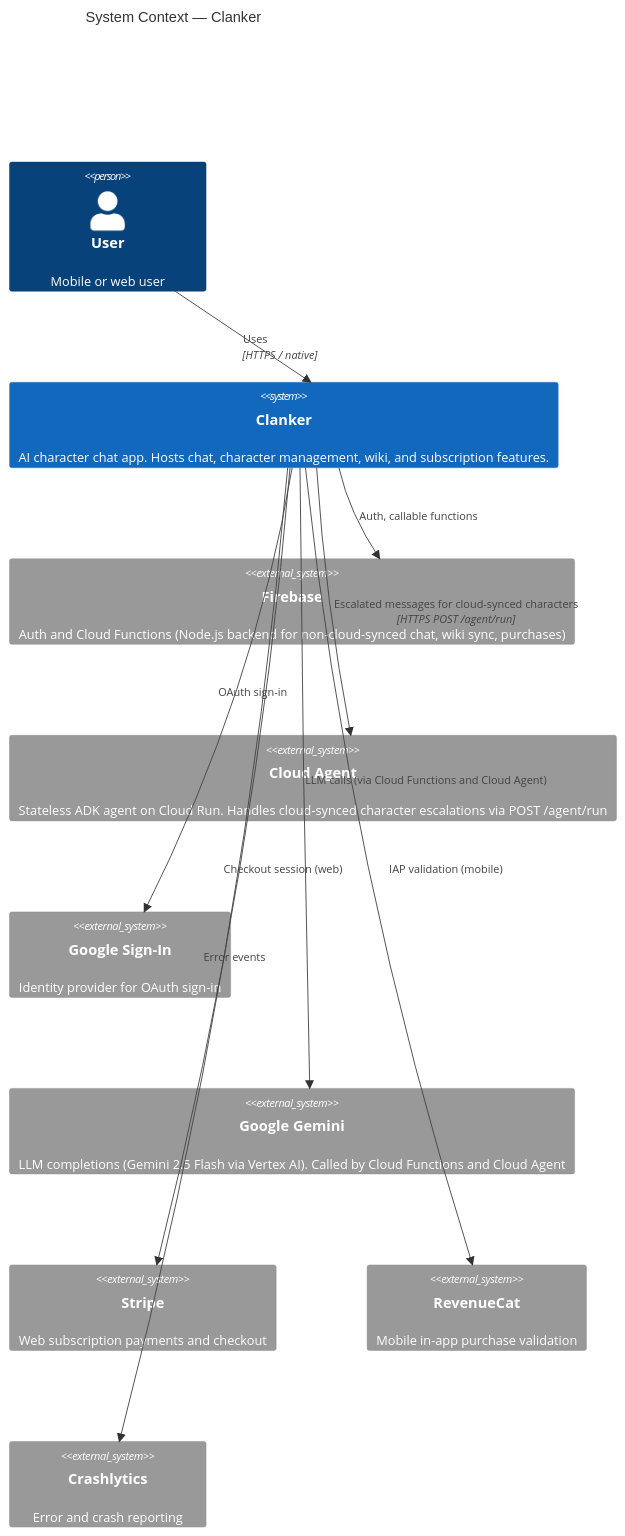
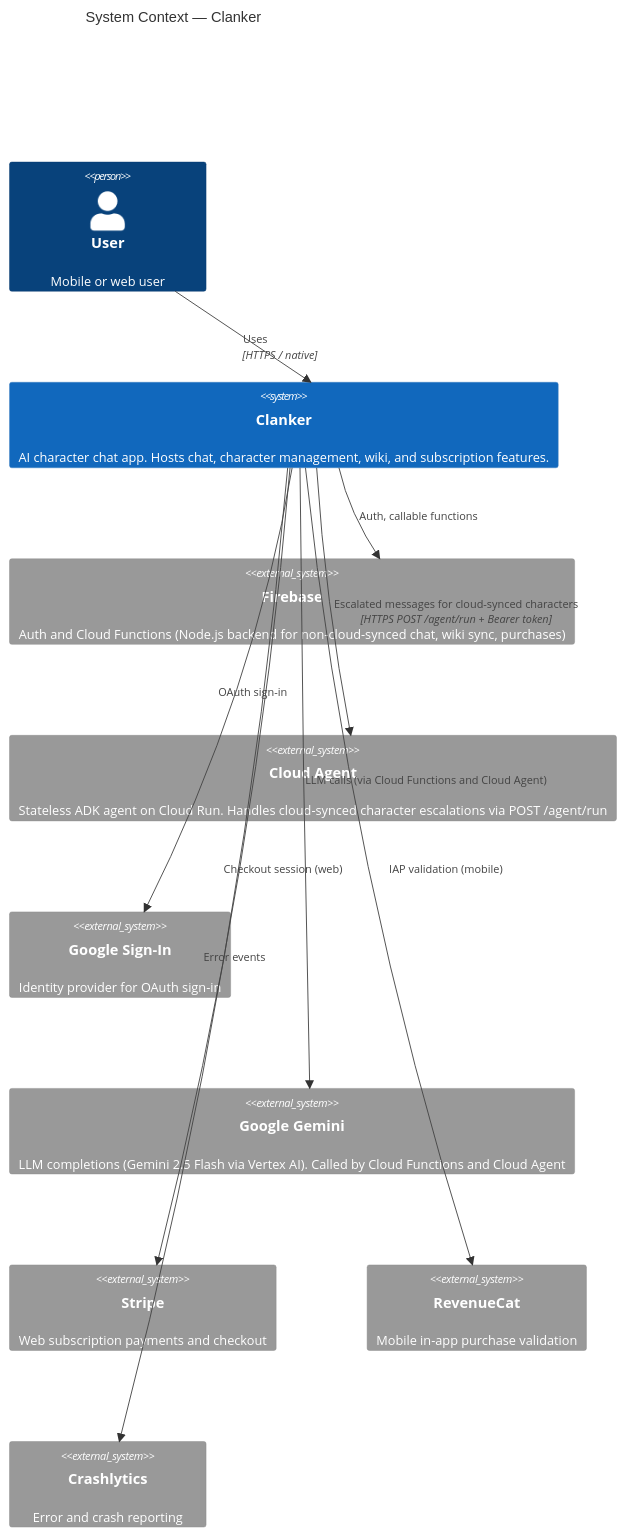
The diagram in docs/flowcharts/c4/system-context.md (equationalapplications/clanker), drawn with Mermaid before and after one commit.

Commit message:
Potential fix for pull request finding

````diff
--- a/docs/flowcharts/c4/system-context.md
+++ b/docs/flowcharts/c4/system-context.md
@@ -5,25 +5,25 @@
 ```mermaid
 C4Context
   title System Context — Clanker
 
   Person(user, "User", "Mobile or web user")
 
   System(clanker, "Clanker", "AI character chat app. Hosts chat, character management, wiki, and subscription features.")
 
   System_Ext(firebase, "Firebase", "Auth and Cloud Functions (Node.js backend for non-cloud-synced chat, wiki sync, purchases)")
   System_Ext(cloudagent, "Cloud Agent", "Stateless ADK agent on Cloud Run. Handles cloud-synced character escalations via POST /agent/run")
   System_Ext(google, "Google Sign-In", "Identity provider for OAuth sign-in")
   System_Ext(gemini, "Google Gemini", "LLM completions (Gemini 2.5 Flash via Vertex AI). Called by Cloud Functions and Cloud Agent")
   System_Ext(stripe, "Stripe", "Web subscription payments and checkout")
   System_Ext(revenuecat, "RevenueCat", "Mobile in-app purchase validation")
   System_Ext(crashlytics, "Crashlytics", "Error and crash reporting")
 
   Rel(user, clanker, "Uses", "HTTPS / native")
   Rel(clanker, firebase, "Auth, callable functions")
-  Rel(clanker, cloudagent, "Escalated messages for cloud-synced characters", "HTTPS POST /agent/run")
+  Rel(clanker, cloudagent, "Escalated messages for cloud-synced characters", "HTTPS POST /agent/run + Bearer token")
   Rel(clanker, google, "OAuth sign-in")
   Rel(clanker, gemini, "LLM calls (via Cloud Functions and Cloud Agent)")
   Rel(clanker, stripe, "Checkout session (web)")
   Rel(clanker, revenuecat, "IAP validation (mobile)")
   Rel(clanker, crashlytics, "Error events")
 ```
````
